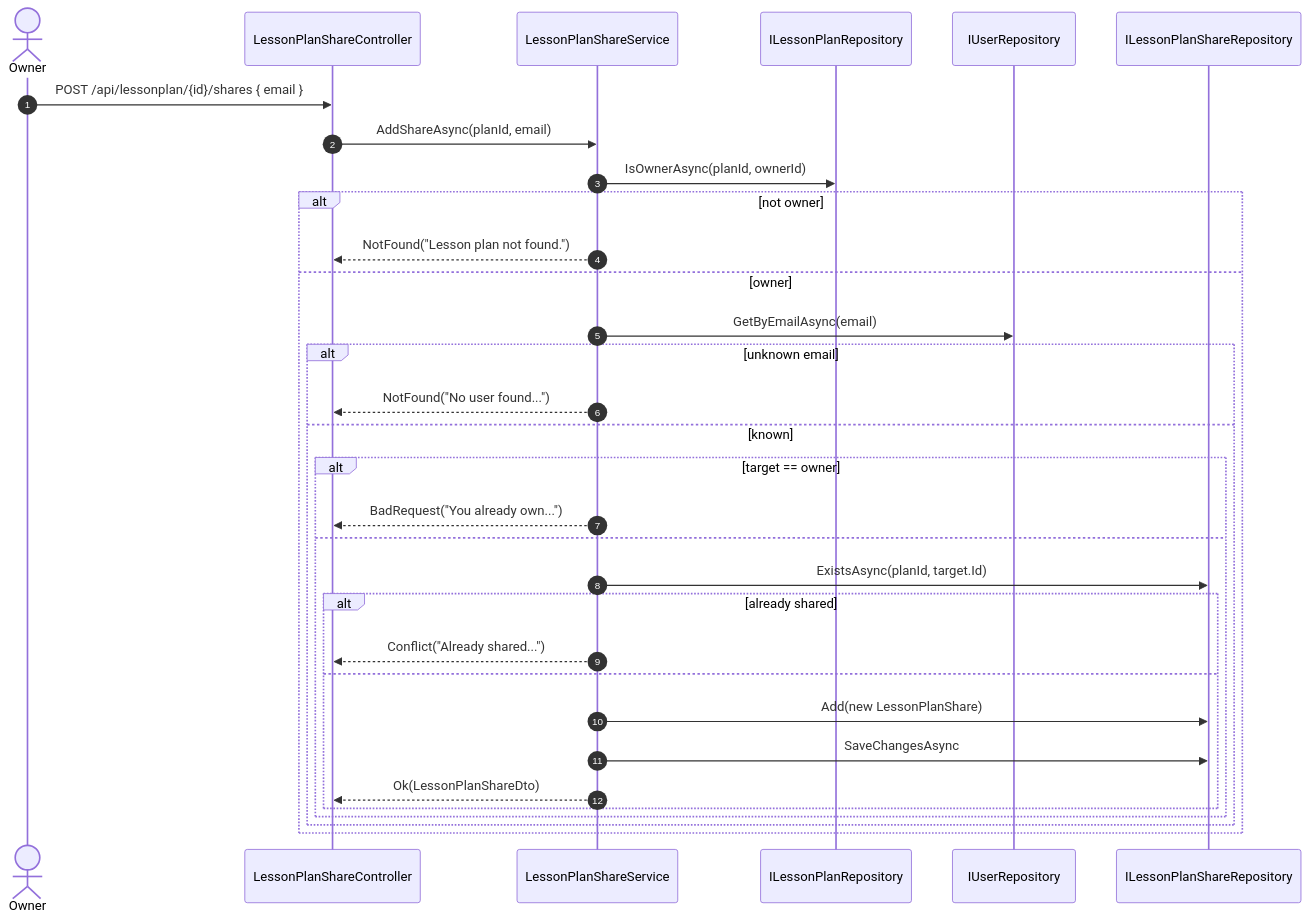
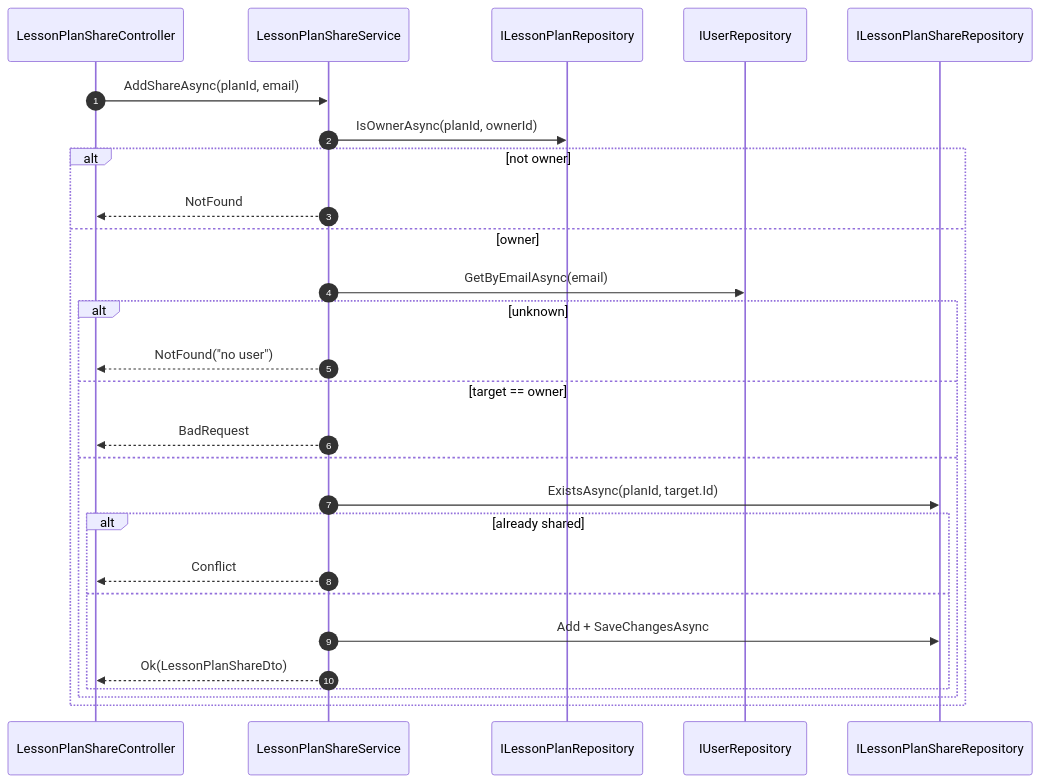
One commit to Dockdep/LessonHub changed the third of 5 diagrams in diagrams/backend/06-flows.md. Above: the diagram before and after it, drawn with Mermaid. The commit also changed other lines of this file and 36 other files, not shown here.

````diff
--- a/diagrams/backend/06-flows.md
+++ b/diagrams/backend/06-flows.md
@@ -138,35 +66,30 @@
 ```mermaid
 sequenceDiagram
   autonumber
-  actor Owner
   participant API as LessonPlanShareController
   participant Svc as LessonPlanShareService
   participant LPR as ILessonPlanRepository
   participant UR as IUserRepository
   participant SR as ILessonPlanShareRepository
 
-  Owner->>API: POST /api/lessonplan/{id}/shares { email }
   API->>Svc: AddShareAsync(planId, email)
   Svc->>LPR: IsOwnerAsync(planId, ownerId)
   alt not owner
-    Svc-->>API: NotFound("Lesson plan not found.")
+    Svc-->>API: NotFound
   else owner
     Svc->>UR: GetByEmailAsync(email)
-    alt unknown email
-      Svc-->>API: NotFound("No user found...")
-    else known
-      alt target == owner
-        Svc-->>API: BadRequest("You already own...")
+    alt unknown
+      Svc-->>API: NotFound("no user")
+    else target == owner
+      Svc-->>API: BadRequest
+    else
+      Svc->>SR: ExistsAsync(planId, target.Id)
+      alt already shared
+        Svc-->>API: Conflict
       else
-        Svc->>SR: ExistsAsync(planId, target.Id)
-        alt already shared
-          Svc-->>API: Conflict("Already shared...")
-        else
-          Svc->>SR: Add(new LessonPlanShare)
-          Svc->>SR: SaveChangesAsync
-          Svc-->>API: Ok(LessonPlanShareDto)
-        end
+        Svc->>SR: Add + SaveChangesAsync
+        Svc-->>API: Ok(LessonPlanShareDto)
       end
     end
   end
 ```
````
